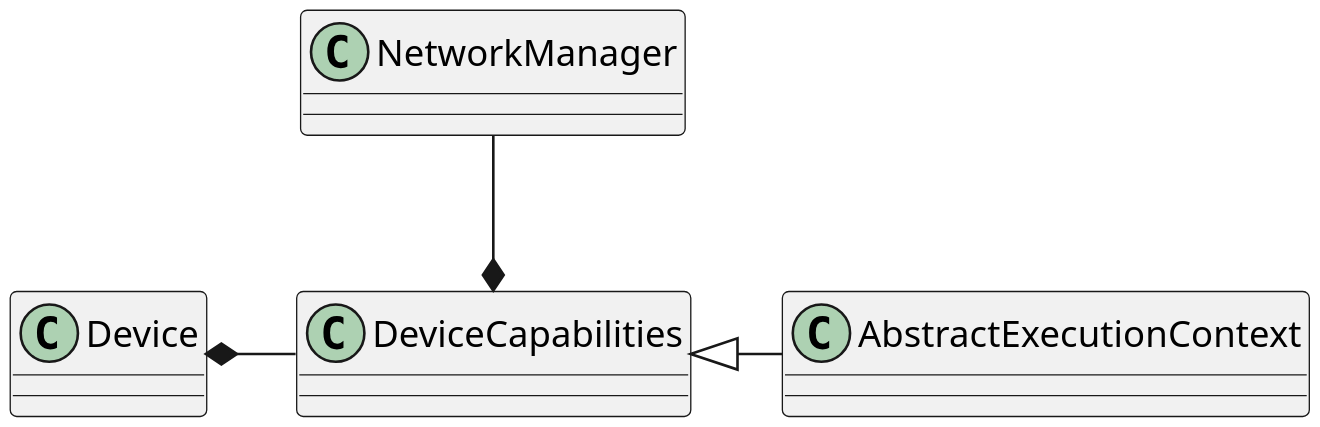
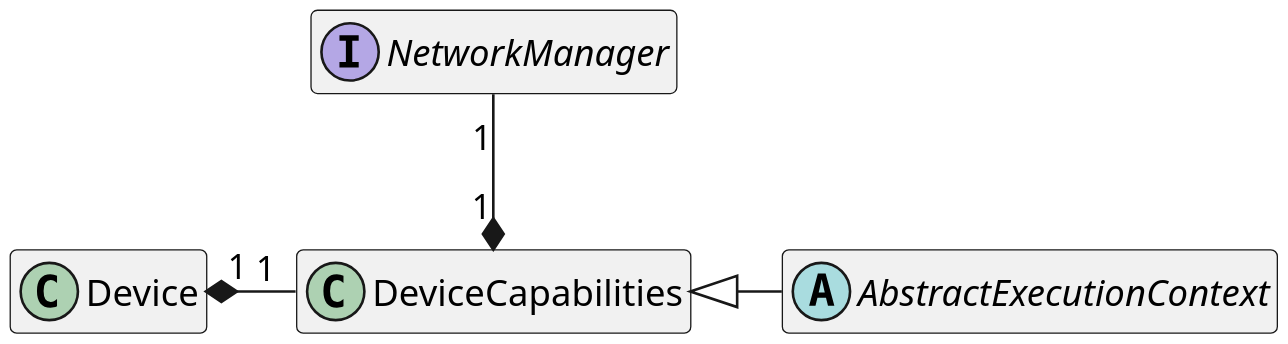
One commit to lippo97/thesis changed the diagram in diagrams/device.puml. Above: the diagram before and after it, drawn with PlantUML. The commit also changed 16 other files, not shown here.

```diff
--- a/diagrams/device.puml
+++ b/diagrams/device.puml
@@ -1,8 +1,11 @@
 @startuml
 
 skinparam dpi 250
+hide empty members
 
-Device *- DeviceCapabilities
+Device "1" *- "1" DeviceCapabilities
 DeviceCapabilities <|- AbstractExecutionContext
-NetworkManager --* DeviceCapabilities
+NetworkManager "1" --* "1" DeviceCapabilities
+abstract class AbstractExecutionContext
+interface NetworkManager
 @enduml
```
